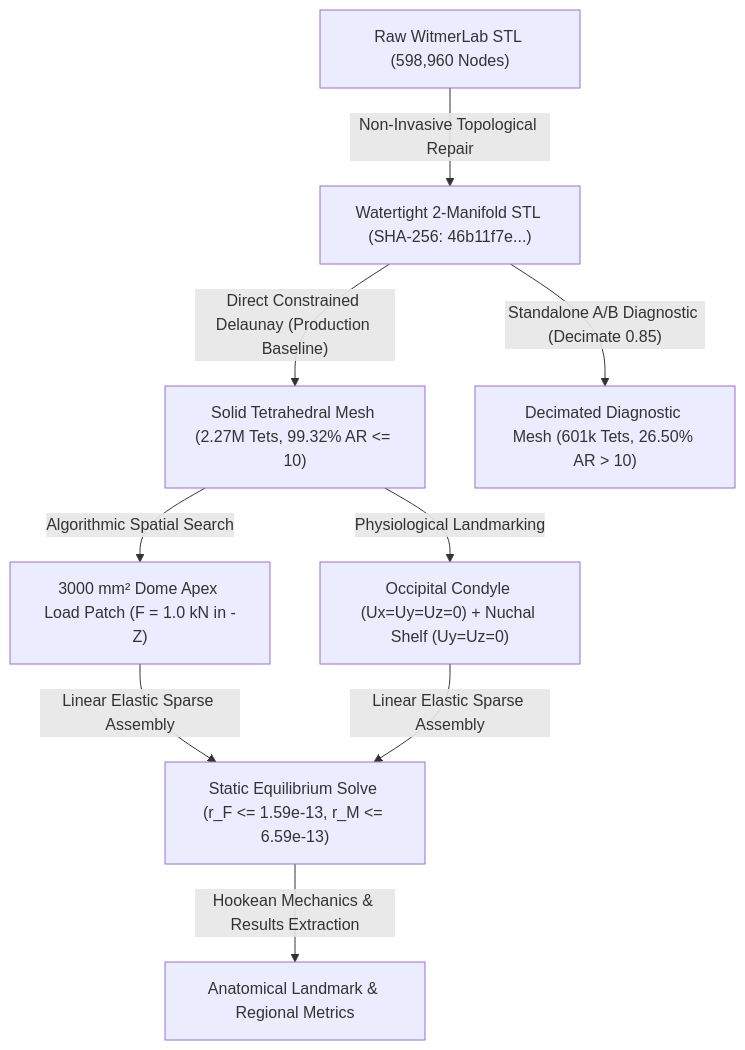
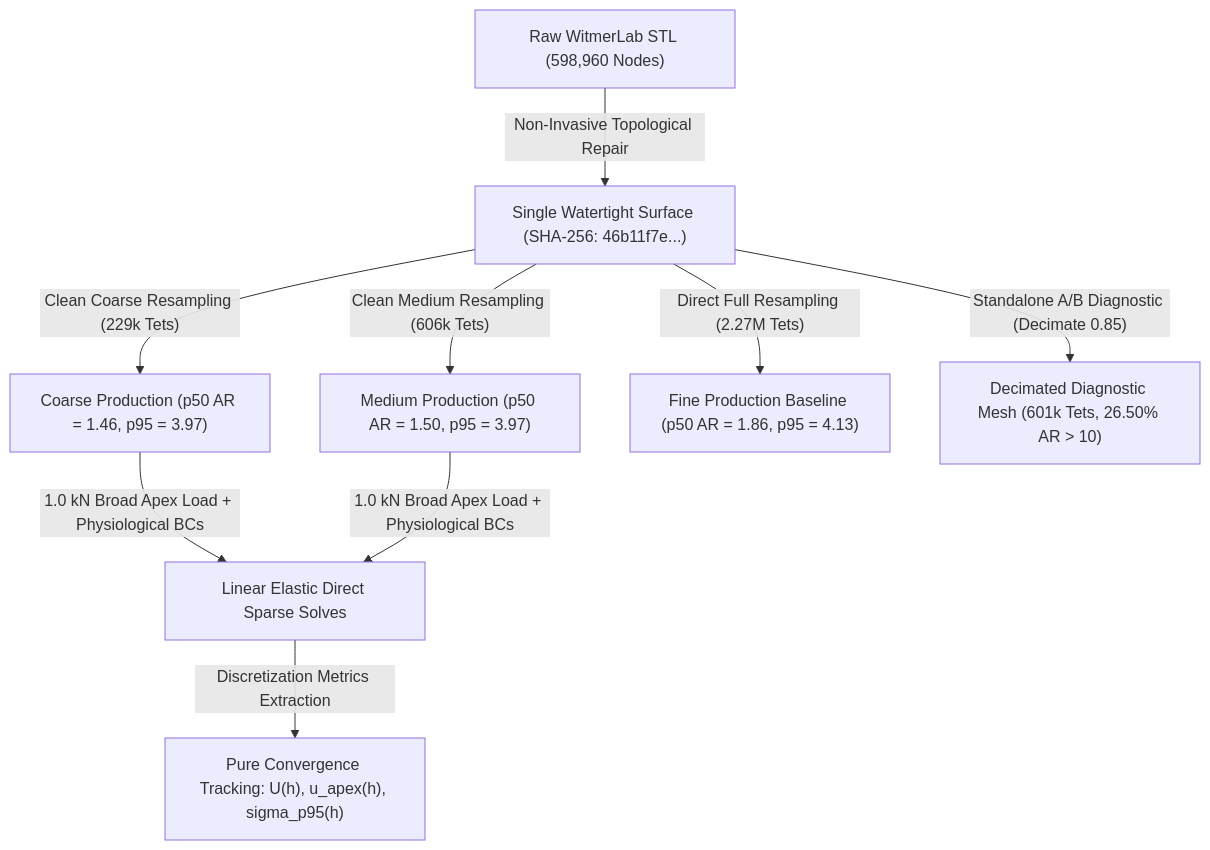
The diagram in reports/phase4_fea_benchmark_report.md (mdhornstein/pachycephalosaur-biomechanics), drawn with Mermaid before and after one commit. The commit also changed other lines of this file and 13 other files, not shown here.

Commit message:
fix(phase4): implement pure direct-geometry convergence hierarchy (coarse/medium/fine) on single immutable surface with verified metrics and solver telemetry

````diff
--- a/reports/phase4_fea_benchmark_report.md
+++ b/reports/phase4_fea_benchmark_report.md
@@ -24,10 +24,10 @@
 ```mermaid
 flowchart TD
-    A["Raw WitmerLab STL (598,960 Nodes)"] -->|"Non-Invasive Topological Repair"| B["Watertight 2-Manifold STL (SHA-256: 46b11f7e...)"]
-    B -->|"Direct Constrained Delaunay (Production Baseline)"| C["Solid Tetrahedral Mesh (2.27M Tets, 99.32% AR <= 10)"]
+    A["Raw WitmerLab STL (598,960 Nodes)"] -->|"Non-Invasive Topological Repair"| B["Single Watertight Surface (SHA-256: 46b11f7e...)"]
+    B -->|"Clean Coarse Resampling (229k Tets)"| C1["Coarse Production (p50 AR = 1.46, p95 = 3.97)"]
+    B -->|"Clean Medium Resampling (606k Tets)"| C2["Medium Production (p50 AR = 1.50, p95 = 3.97)"]
+    B -->|"Direct Full Resampling (2.27M Tets)"| C3["Fine Production Baseline (p50 AR = 1.86, p95 = 4.13)"]
     B -->|"Standalone A/B Diagnostic (Decimate 0.85)"| C_diag["Decimated Diagnostic Mesh (601k Tets, 26.50% AR > 10)"]
-    C -->|"Algorithmic Spatial Search"| D["3000 mm² Dome Apex Load Patch (F = 1.0 kN in -Z)"]
-    C -->|"Physiological Landmarking"| E["Occipital Condyle (Ux=Uy=Uz=0) + Nuchal Shelf (Uy=Uz=0)"]
-    D & E -->|"Linear Elastic Sparse Assembly"| F["Static Equilibrium Solve (r_F <= 1.59e-13, r_M <= 6.59e-13)"]
-    F -->|"Hookean Mechanics & Results Extraction"| G["Anatomical Landmark & Regional Metrics"]
+    C1 & C2 -->|"1.0 kN Broad Apex Load + Physiological BCs"| D["Linear Elastic Direct Sparse Solves"]
+    D -->|"Discretization Metrics Extraction"| E["Pure Convergence Tracking: U(h), u_apex(h), sigma_p95(h)"]
 ```
````
